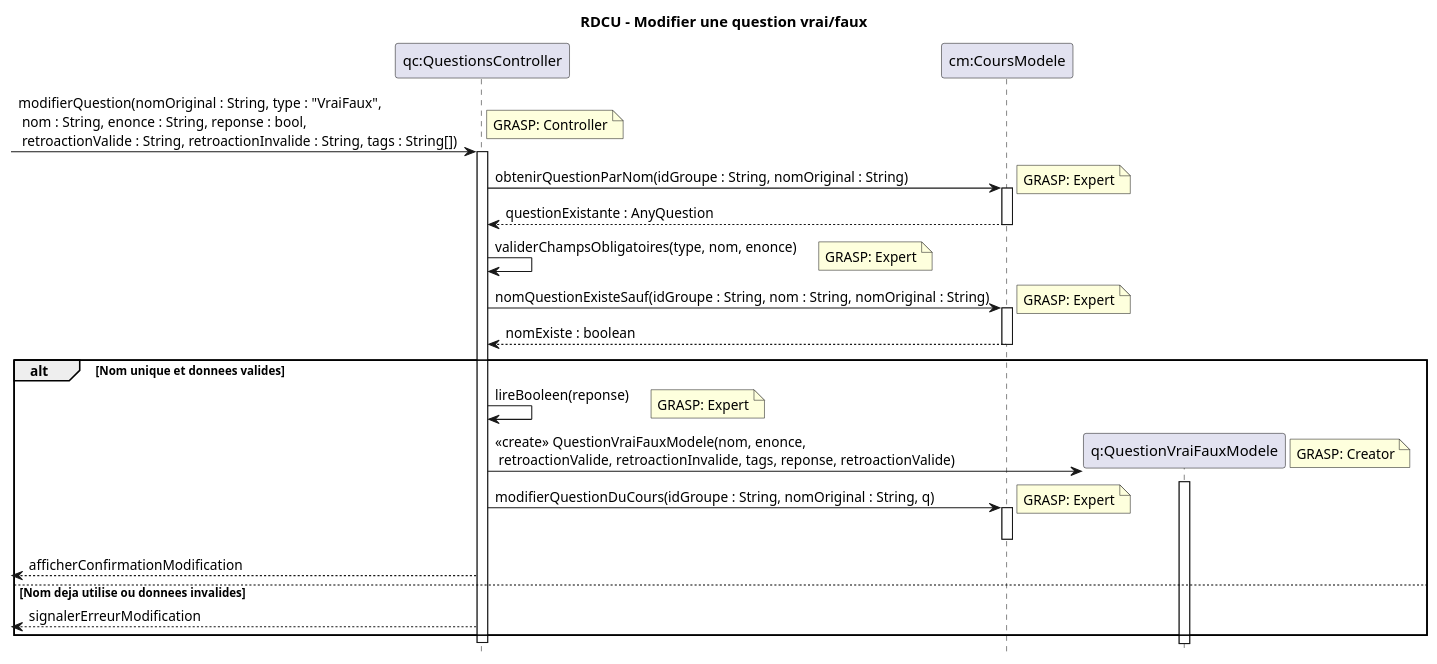
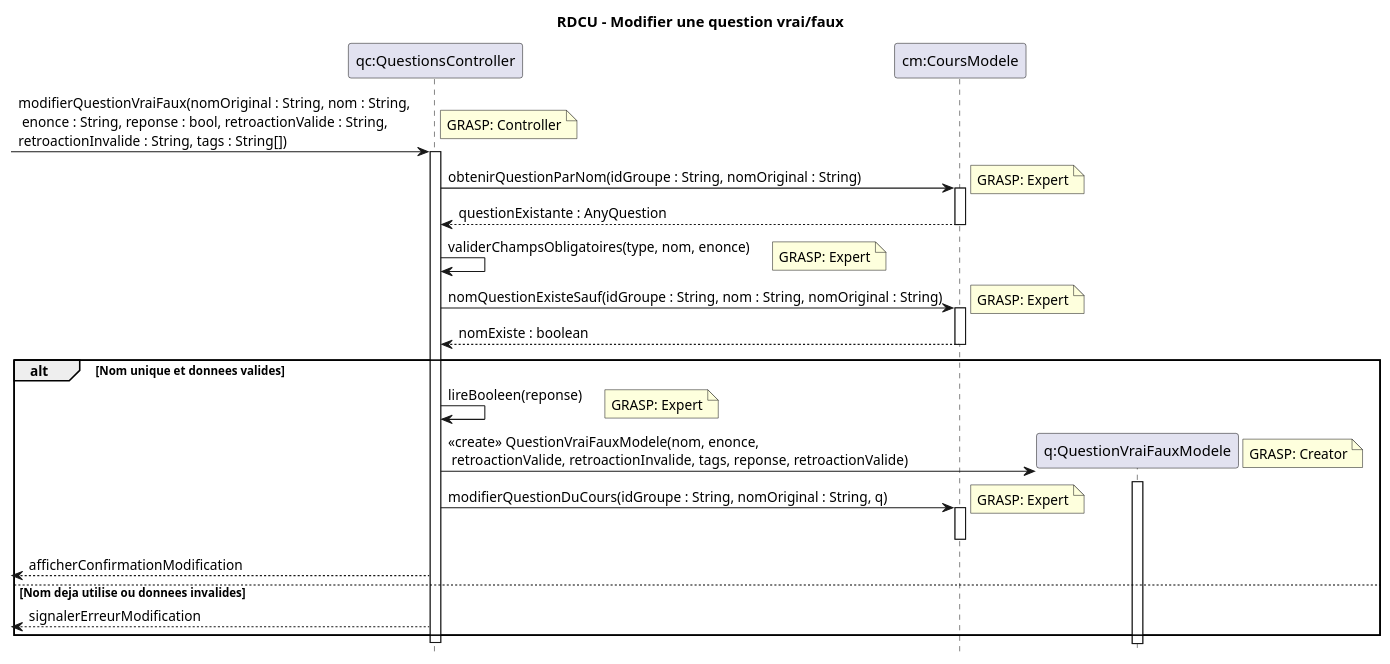
Before and after one commit to xMrYahya/moodle-clone: the diagram in docs/modeles/cu02/rdcu-modifier-question-vrai-faux.puml, drawn with PlantUML. The commit also changed 9 other files, not shown here.

Commit message:
fix de diagrammes

```diff
--- a/docs/modeles/cu02/rdcu-modifier-question-vrai-faux.puml
+++ b/docs/modeles/cu02/rdcu-modifier-question-vrai-faux.puml
@@ -1,50 +1,50 @@
 @startuml
 hide footbox
 title RDCU - Modifier une question vrai/faux
 
 participant "qc:QuestionsController" as QC
 participant "cm:CoursModele" as CM
 participant "q:QuestionVraiFauxModele" as Q
 
--> QC : modifierQuestion(nomOriginal : String, type : "VraiFaux",\n nom : String, enonce : String, reponse : bool,\n retroactionValide : String, retroactionInvalide : String, tags : String[])
+-> QC : modifierQuestionVraiFaux(nomOriginal : String, nom : String,\n enonce : String, reponse : bool, retroactionValide : String, \nretroactionInvalide : String, tags : String[])
 note right: GRASP: Controller
 activate QC
 
 QC -> CM : obtenirQuestionParNom(idGroupe : String, nomOriginal : String)
 note right: GRASP: Expert
 activate CM
 CM --> QC : questionExistante : AnyQuestion
 deactivate CM
 
 QC -> QC : validerChampsObligatoires(type, nom, enonce)
 note right: GRASP: Expert
 
 QC -> CM : nomQuestionExisteSauf(idGroupe : String, nom : String, nomOriginal : String)
 note right: GRASP: Expert
 activate CM
 CM --> QC : nomExiste : boolean
 deactivate CM
 
 alt Nom unique et donnees valides
   QC -> QC : lireBooleen(reponse)
   note right: GRASP: Expert
 
   create Q
   QC -> Q : <<create>> QuestionVraiFauxModele(nom, enonce,\n retroactionValide, retroactionInvalide, tags, reponse, retroactionValide)
   note right: GRASP: Creator
   activate Q
   deactivate Q
 
   QC -> CM : modifierQuestionDuCours(idGroupe : String, nomOriginal : String, q)
   note right: GRASP: Expert
   activate CM
   deactivate CM
 
   <-- QC : afficherConfirmationModification
 else Nom deja utilise ou donnees invalides
   <-- QC : signalerErreurModification
 end
 
 deactivate QC
 
 @enduml
```
